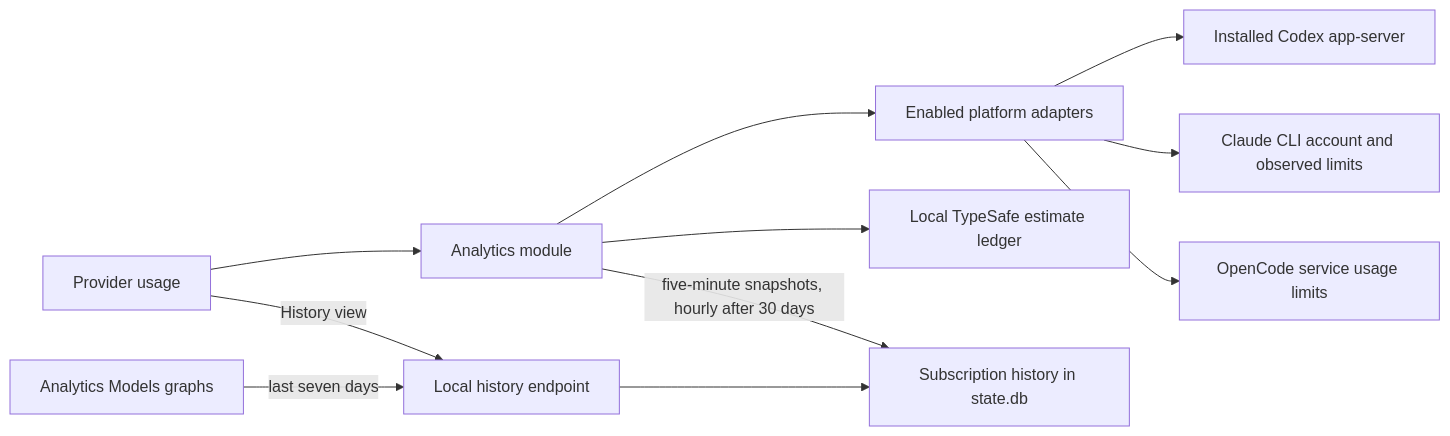
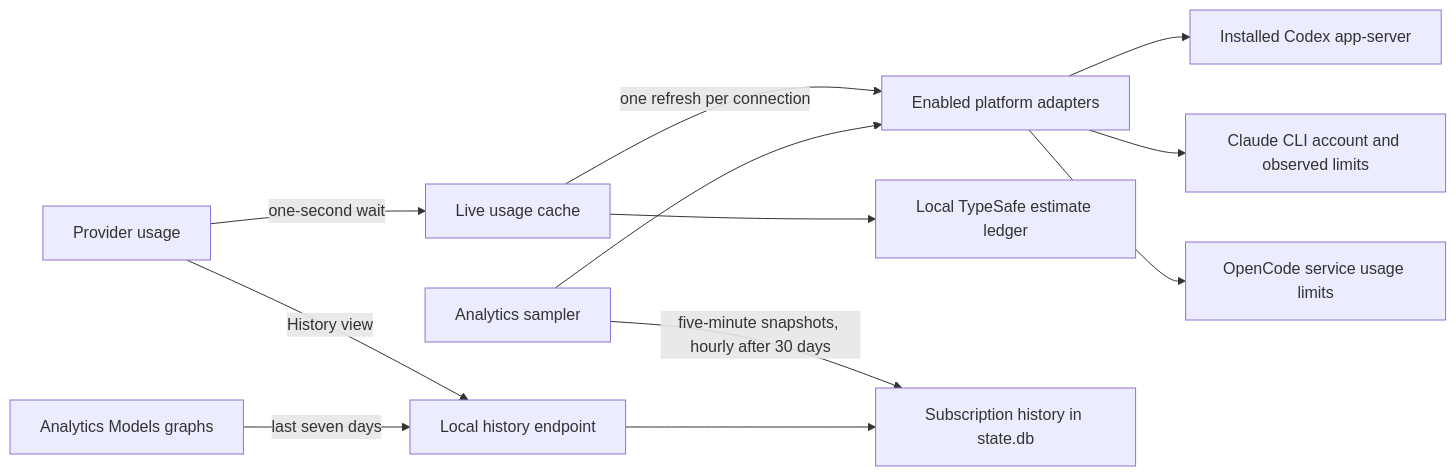
The seventh of 19 diagrams in docs/other/architecture.md (ocman/ocman), drawn with Mermaid before and after one commit. The commit also changed other lines of this file and 7 other files, not shown here.

Commit message:
fix(analytics): bound provider usage refresh waits

````diff
--- a/docs/other/architecture.md
+++ b/docs/other/architecture.md
@@ -500,13 +507,14 @@
 ```mermaid
 flowchart LR
-    UI[Provider usage] --> Analytics[Analytics module]
-    Analytics --> Registry[Enabled platform adapters]
+    UI[Provider usage] -->|one-second wait| Cache[Live usage cache]
+    Cache -->|one refresh per connection| Registry[Enabled platform adapters]
+    Cache --> Ledger[Local TypeSafe estimate ledger]
+    Analytics[Analytics sampler] --> Registry
     Registry --> Codex[Installed Codex app-server]
     Registry --> Claude[Claude CLI account and observed limits]
     Registry --> OpenCode[OpenCode service usage limits]
-    Analytics --> Ledger[Local TypeSafe estimate ledger]
     Analytics -->|five-minute snapshots, hourly after 30 days| History[Subscription history in state.db]
     UI -->|History view| HistoryAPI[Local history endpoint]
     Models[Analytics Models graphs] -->|last seven days| HistoryAPI
     HistoryAPI --> History
 ```
````
